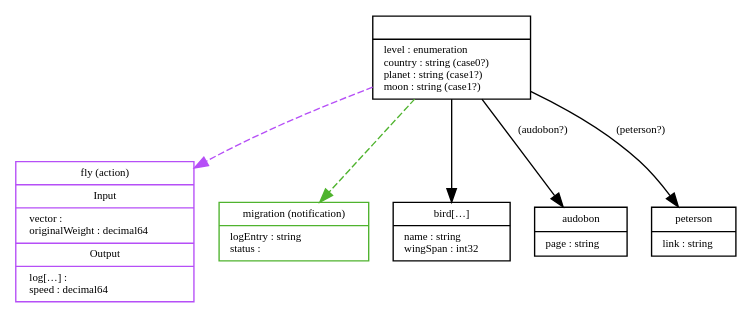
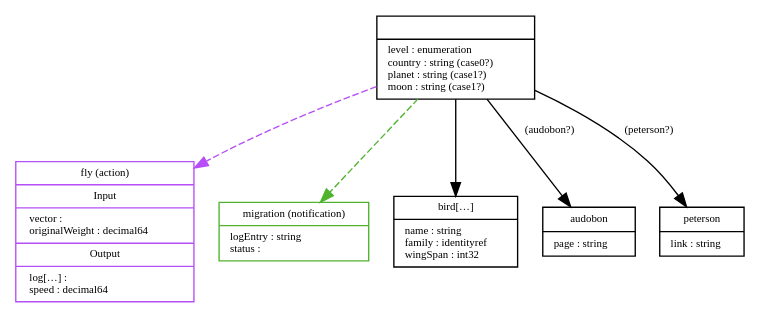
The diagram in cmd/fc-yang/doc/gold/doc-example.dot (freeconf/yang), drawn with Graphviz before and after one commit. The commit also changed 16 other files, not shown here.

```diff
--- a/cmd/fc-yang/doc/gold/doc-example.dot
+++ b/cmd/fc-yang/doc/gold/doc-example.dot
@@ -1,99 +1,100 @@
 digraph G {
         fontname = "Bitstream Vera Sans"
         fontsize = 8
 
         node [
                 fontname = "Bitstream Vera Sans"
                 fontsize = 8
                 shape = "record"
         ]
 
         edge [
                 fontname = "Bitstream Vera Sans"
                 fontsize = 8
         ]
 
 
 	doc_example [
 		label = "{|level : enumeration\lcountry : string (case0?)\lplanet : string (case1?)\lmoon : string (case1?)\l}"
 	]
 	
 
 	
        doc_example_fly [
          label = "{fly (action)|Input|&#32;&#32;vector : \l&#32;&#32;originalWeight : decimal64\l|Output|&#32;&#32;log[…] : \l&#32;&#32;speed : decimal64\l}"
          color = "#b64ff7"
        ]
        doc_example -> doc_example_fly [
          style = "dashed"
          color = "#b64ff7"
        ]
 	
 
 	
        doc_example_migration [
          label = "{migration (notification)|logEntry : string\lstatus : \l}"
          color = "#4fb32e"
        ]
        doc_example -> doc_example_migration [
          style = "dashed"
          color = "#4fb32e"
        ]
 	
 
 	doc_example_bird [
-		label = "{bird[…]|name : string\lwingSpan : int32\l}"
+		label = "{bird[…]|name : string\lfamily : identityref\lwingSpan : int32\l}"
 	]
 	
 
 	
 
 	
 
 	doc_example_audobon [
 		label = "{audobon|page : string\l}"
 	]
 	
 
 	
 
 	
 
 	doc_example_peterson [
 		label = "{peterson|link : string\l}"
 	]
 	
 
 	
 
 	
 
 
 
   
     doc_example -> doc_example_bird [
          label=""
        ]
     
     
     
     
     doc_example -> doc_example_audobon [
          label=" (audobon?)"
        ]
     doc_example -> doc_example_peterson [
          label=" (peterson?)"
        ]
 
   
     
     
+    
 
   
     
 
   
     
 
 
 }
```
